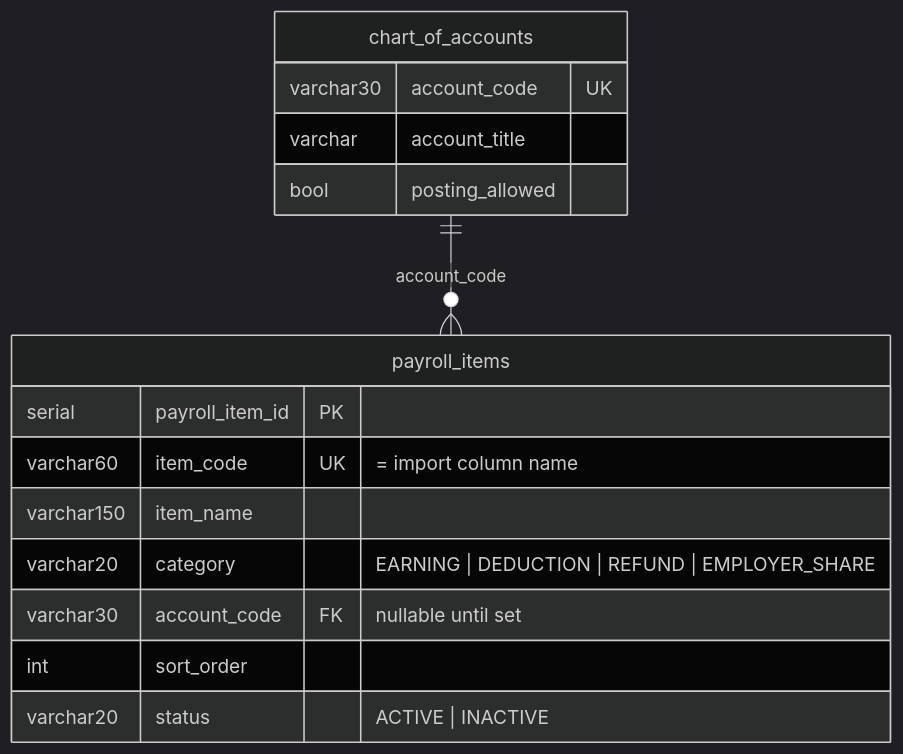
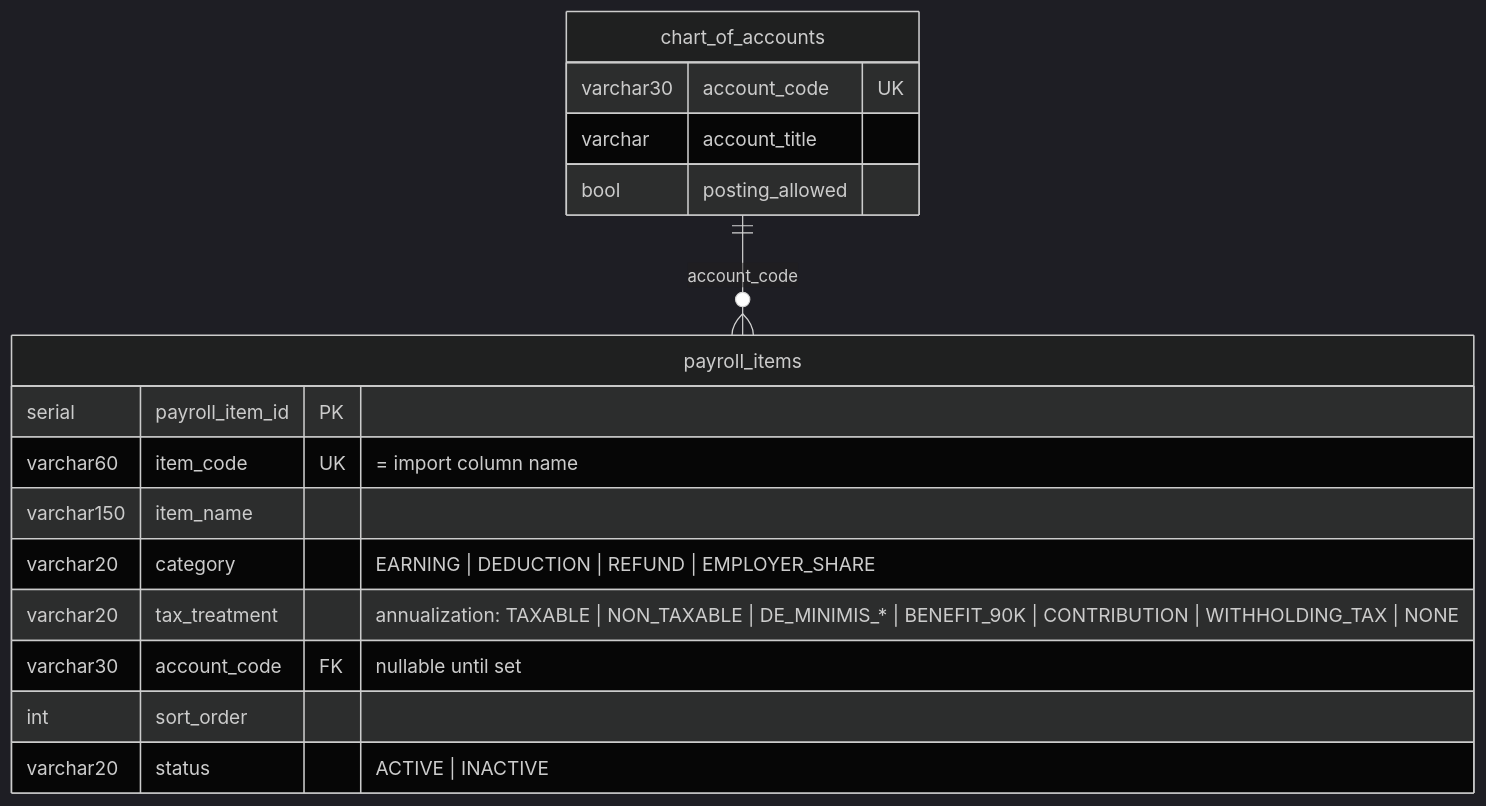
One commit to A-team-ITBS/fims-nha changed diagram 24 of 39 in system_docs/ERD/README.md. Above: the diagram before and after it, drawn with Mermaid (dark theme). The commit also changed other lines of this file and 21 other files, not shown here.

Commit message:
BIR 2307 (DV with ATC), payroll Tax Annualization + BIR 2316

````diff
--- a/system_docs/ERD/README.md
+++ b/system_docs/ERD/README.md
@@ -1571,18 +1572,19 @@
 ```mermaid
 erDiagram
     chart_of_accounts ||--o{ payroll_items : "account_code"
     payroll_items {
         serial payroll_item_id PK
         varchar60 item_code UK "= import column name"
         varchar150 item_name
         varchar20 category "EARNING | DEDUCTION | REFUND | EMPLOYER_SHARE"
+        varchar20 tax_treatment "annualization: TAXABLE | NON_TAXABLE | DE_MINIMIS_* | BENEFIT_90K | CONTRIBUTION | WITHHOLDING_TAX | NONE"
         varchar30 account_code FK "nullable until set"
         int sort_order
         varchar20 status "ACTIVE | INACTIVE"
     }
     chart_of_accounts {
         varchar30 account_code UK
         varchar account_title
         bool posting_allowed
     }
 ```
````
